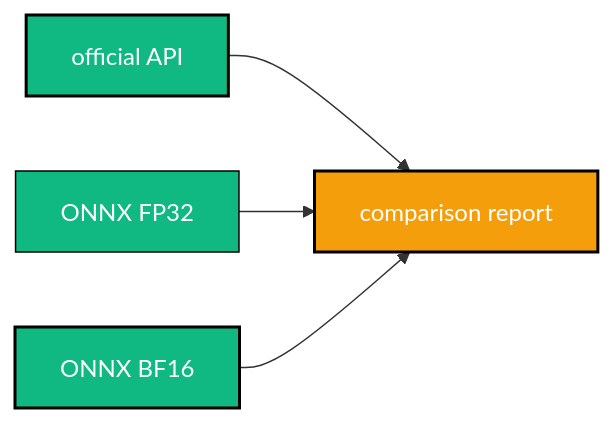
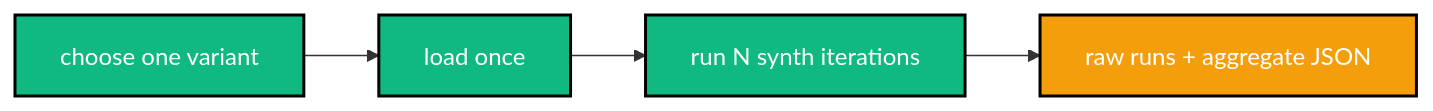
Before and after one commit to De-Par/voxcmp2-onnx-cpu: the first of 3 diagrams in docs/benchmarking.md, drawn with Mermaid. The commit also changed other lines of this file and 7 other files, not shown here.

````diff
--- a/docs/benchmarking.md
+++ b/docs/benchmarking.md
@@ -62,11 +62,11 @@
 ```mermaid
 flowchart LR
-    A["official API"] --> D["comparison report"]
-    B["ONNX FP32"] --> D
-    C["ONNX BF16"] --> D
+    A["choose one variant"] --> B["load once"]
+    B --> C["run N synth iterations"]
+    C --> D["raw runs + aggregate JSON"]
 
     style A fill:#10B981,stroke:#000000,stroke-width:2px,color:#ffffff
-    style B fill:#10B981,stroke:#000000,stroke-width:,color:#ffffff
+    style B fill:#10B981,stroke:#000000,stroke-width:2px,color:#ffffff
     style C fill:#10B981,stroke:#000000,stroke-width:2px,color:#ffffff
     style D fill:#F59E0B,stroke:#000000,stroke-width:2px,color:#ffffff
 ```
````
